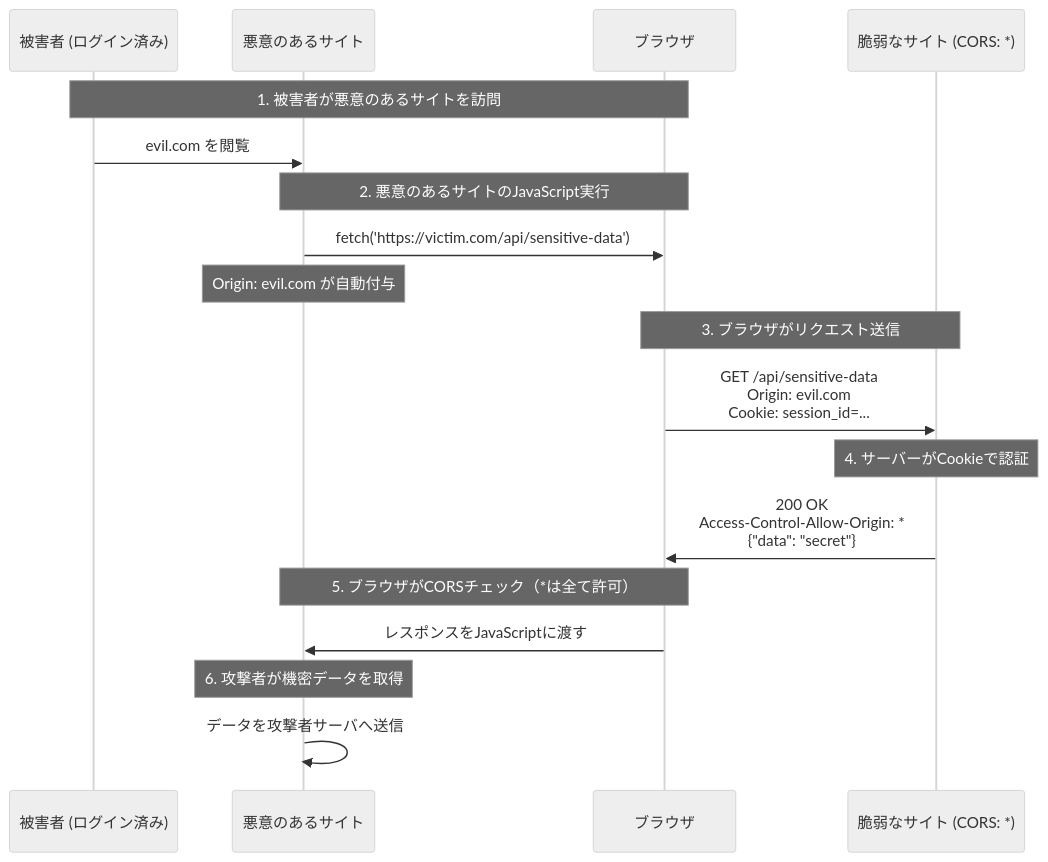
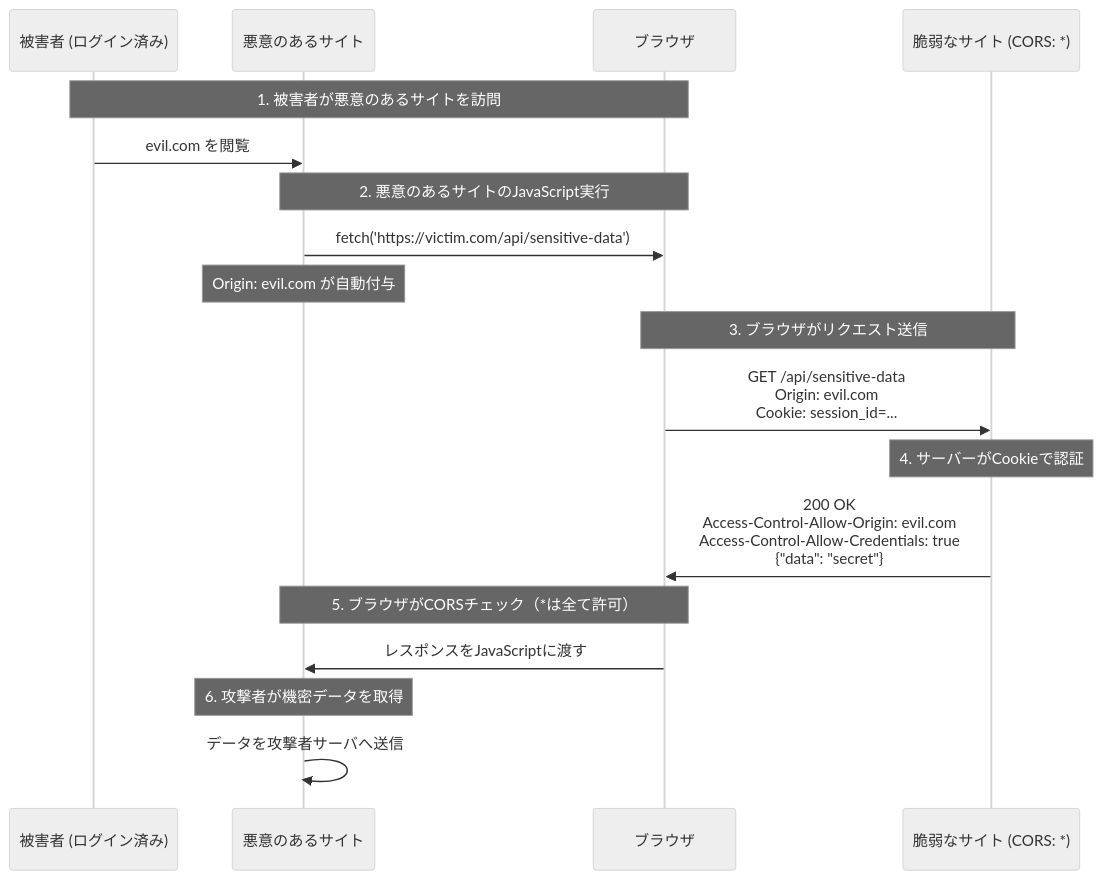
Before and after one commit to sokoide/workshop: the fourth of 4 diagrams in infra/web_security_ja.md, drawn with Mermaid (neutral theme). The commit also changed other lines of this file and 4 other files, not shown here.

````diff
--- a/infra/web_security_ja.md
+++ b/infra/web_security_ja.md
@@ -76,26 +76,26 @@
 ```mermaid
 sequenceDiagram
     participant V as 被害者 (ログイン済み)
     participant E as 悪意のあるサイト
     participant B as ブラウザ
     participant S as 脆弱なサイト (CORS: *)
 
     Note over V, B: 1. 被害者が悪意のあるサイトを訪問
     V->>E: evil.com を閲覧
 
     Note over E, B: 2. 悪意のあるサイトのJavaScript実行
     E->>B: fetch('https://victim.com/api/sensitive-data')
     Note over E: Origin: evil.com が自動付与
 
     Note over B, S: 3. ブラウザがリクエスト送信
     B->>S: GET /api/sensitive-data<br/>Origin: evil.com<br/>Cookie: session_id=...
 
     Note over S: 4. サーバーがCookieで認証
-    S->>B: 200 OK<br/>Access-Control-Allow-Origin: *<br/>{"data": "secret"}
+    S->>B: 200 OK<br/>Access-Control-Allow-Origin: evil.com<br/>Access-Control-Allow-Credentials: true<br/>{"data": "secret"}
 
     Note over B, E: 5. ブラウザがCORSチェック（*は全て許可）
     B->>E: レスポンスをJavaScriptに渡す
 
     Note over E: 6. 攻撃者が機密データを取得
     E->>E: データを攻撃者サーバへ送信
 ```
````
